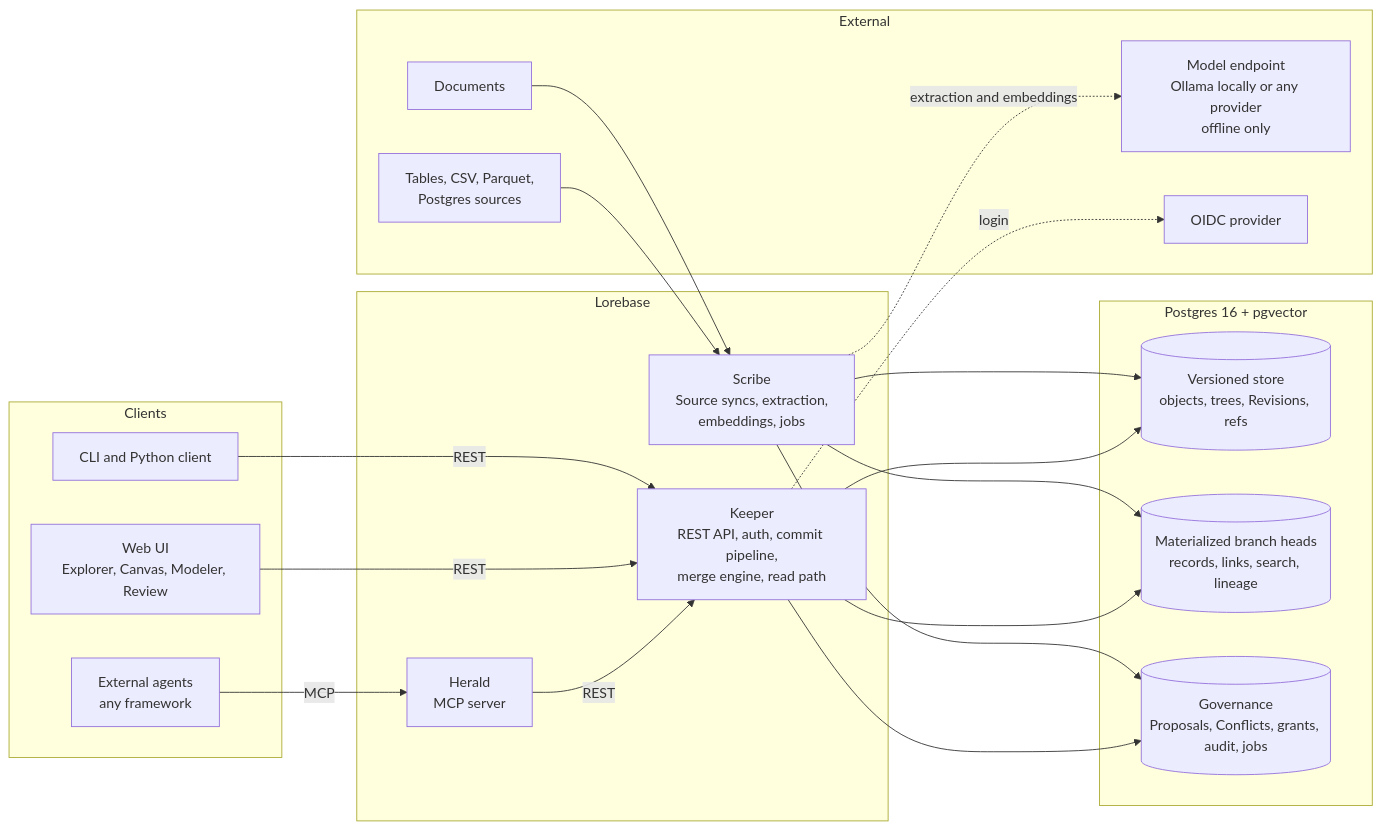
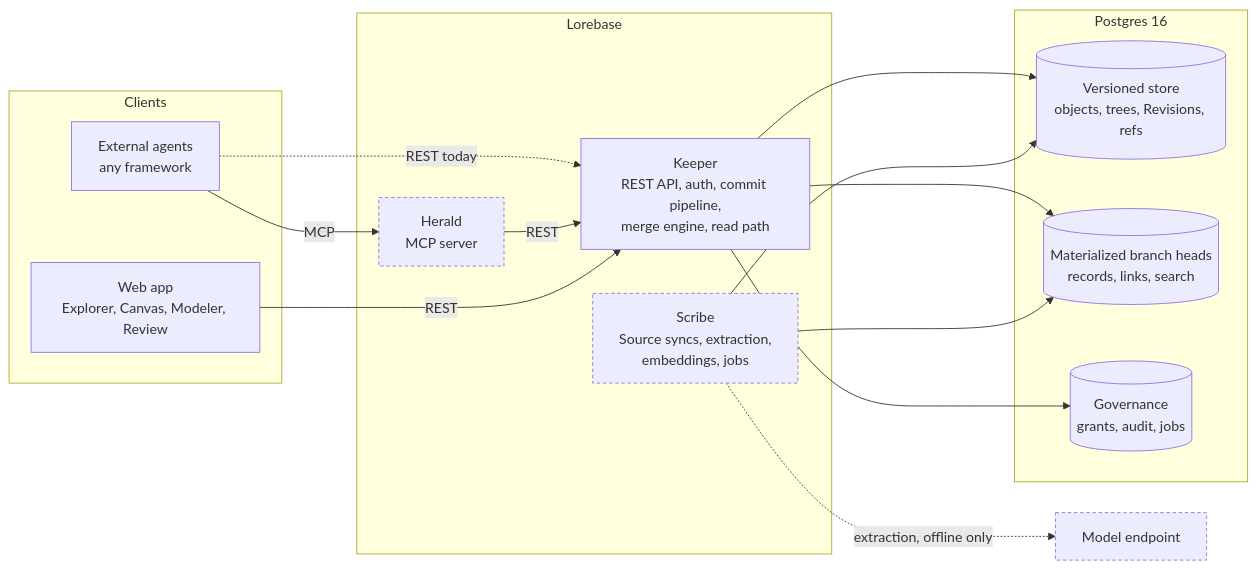
The diagram in README.md (aantenore/lorebase), drawn with Mermaid before and after one commit. The commit also changed other lines of this file and 5 other files, not shown here.

````diff
--- a/README.md
+++ b/README.md
@@ -107,42 +117,32 @@
 ```mermaid
 flowchart LR
   subgraph Clients
     A1[External agents<br/>any framework]
-    A2[Web UI<br/>Explorer, Canvas, Modeler, Review]
-    A3[CLI and Python client]
+    A2[Web app<br/>Explorer, Canvas, Modeler, Review]
   end
 
   subgraph Lorebase
-    H[Herald<br/>MCP server]
+    H[Herald<br/>MCP server]:::planned
     K[Keeper<br/>REST API, auth, commit pipeline,<br/>merge engine, read path]
-    S[Scribe<br/>Source syncs, extraction,<br/>embeddings, jobs]
+    S[Scribe<br/>Source syncs, extraction,<br/>embeddings, jobs]:::planned
   end
 
-  subgraph Postgres16[Postgres 16 + pgvector]
+  subgraph PG[Postgres 16]
     V[(Versioned store<br/>objects, trees, Revisions, refs)]
-    M[(Materialized branch heads<br/>records, links, search, lineage)]
-    G[(Governance<br/>Proposals, Conflicts, grants, audit, jobs)]
-  end
-
-  subgraph External
-    SRC[Tables, CSV, Parquet,<br/>Postgres sources]
-    DOC[Documents]
-    LLM[Model endpoint<br/>Ollama locally or any provider<br/>offline only]
-    IDP[OIDC provider]
+    M[(Materialized branch heads<br/>records, links, search)]
+    G[(Governance<br/>grants, audit, jobs)]
   end
 
   A1 -- MCP --> H
+  A1 -. REST today .-> K
   H -- REST --> K
   A2 -- REST --> K
-  A3 -- REST --> K
   K --> V
   K --> M
   K --> G
   S --> V
   S --> M
-  S --> G
-  SRC --> S
-  DOC --> S
-  S -. extraction and embeddings .-> LLM
-  K -. login .-> IDP
+  S -. extraction, offline only .-> L[Model endpoint]:::planned
+
+  classDef planned stroke-dasharray: 4 3
 ```
````
